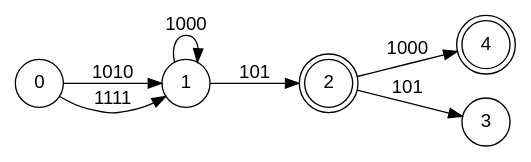
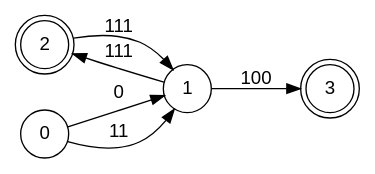
The diagram in fsm.gv (Lolikion228/NFA), drawn with Graphviz before and after one commit. The commit also changed 5 other files, not shown here.

```diff
--- a/fsm.gv
+++ b/fsm.gv
@@ -1,14 +1,13 @@
  digraph finite_state_machine {
 	fontname="Helvetica,Arial,sans-serif"
 	node [fontname="Helvetica,Arial,sans-serif"]
 	edge [fontname="Helvetica,Arial,sans-serif"]
 	rankdir=LR;
-	node [shape = doublecircle ]; 2 4;
+	node [shape = doublecircle ]; 2 3;
 	node [shape = circle];
-	0 -> 1 [label =" 1010 "]; 
-	0 -> 1 [label =" 1111 "]; 
-	1 -> 2 [label =" 101 "]; 
-	1 -> 1 [label =" 1000 "]; 
-	2 -> 3 [label =" 101 "]; 
-	2 -> 4 [label =" 1000 "]; 
+	0 -> 1 [label =" 0 "]; 
+	0 -> 1 [label =" 11 "]; 
+	1 -> 3 [label =" 100 "]; 
+	1 -> 2 [label =" 111 "]; 
+	2 -> 1 [label =" 111 "]; 
 }   
```
